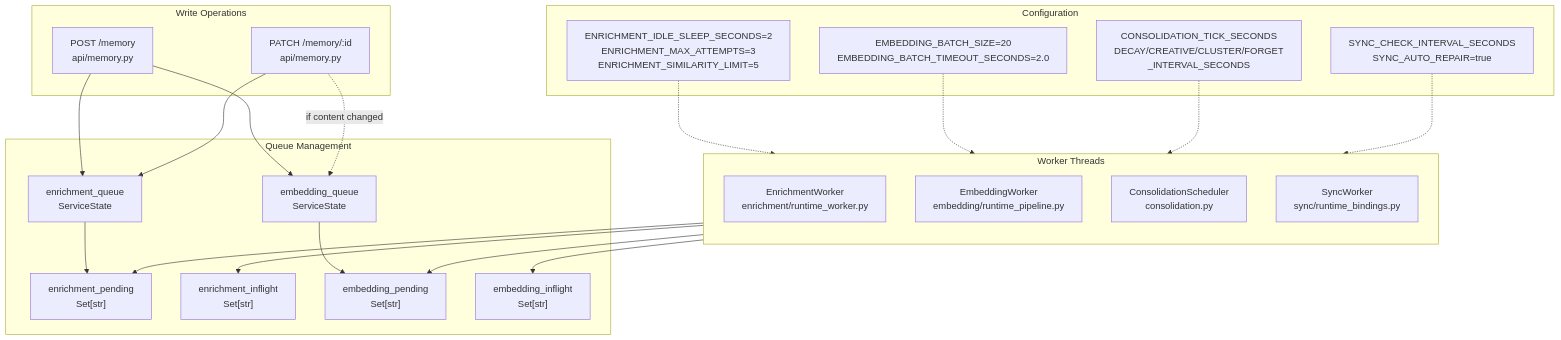
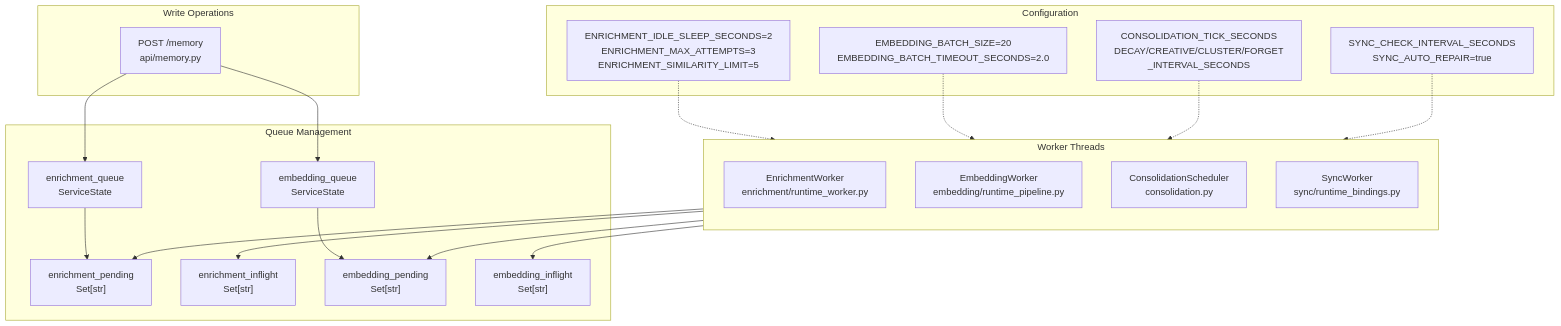
One commit to verygoodplugins/automem-website changed the first of 2 diagrams in src/content/docs/docs/architecture/background-processing.md. Above: the diagram before and after it, drawn with Mermaid. The commit also changed other lines of this file and 10 other files, not shown here.

````diff
--- a/src/content/docs/docs/architecture/background-processing.md
+++ b/src/content/docs/docs/architecture/background-processing.md
@@ -44,51 +44,48 @@
 ```mermaid
 graph TB
     subgraph write_ops["Write Operations"]
         PostMem["POST /memory<br/>api/memory.py"]
-        PatchMem["PATCH /memory/:id<br/>api/memory.py"]
     end
 
     subgraph queues["Queue Management"]
         EnrichQueue["enrichment_queue<br/>ServiceState"]
         EmbedQueue["embedding_queue<br/>ServiceState"]
 
         EnrichPending["enrichment_pending<br/>Set[str]"]
         EnrichInflight["enrichment_inflight<br/>Set[str]"]
         EmbedPending["embedding_pending<br/>Set[str]"]
         EmbedInflight["embedding_inflight<br/>Set[str]"]
     end
 
     subgraph workers["Worker Threads"]
         direction TB
 
         EnrichWorker["EnrichmentWorker<br/>enrichment/runtime_worker.py"]
         EmbedWorker["EmbeddingWorker<br/>embedding/runtime_pipeline.py"]
         ConsolWorker["ConsolidationScheduler<br/>consolidation.py"]
         SyncWorker["SyncWorker<br/>sync/runtime_bindings.py"]
     end
 
     subgraph config["Configuration"]
         EnrichConfig["ENRICHMENT_IDLE_SLEEP_SECONDS=2<br/>ENRICHMENT_MAX_ATTEMPTS=3<br/>ENRICHMENT_SIMILARITY_LIMIT=5"]
         EmbedConfig["EMBEDDING_BATCH_SIZE=20<br/>EMBEDDING_BATCH_TIMEOUT_SECONDS=2.0"]
         ConsolConfig["CONSOLIDATION_TICK_SECONDS<br/>DECAY/CREATIVE/CLUSTER/FORGET<br/>_INTERVAL_SECONDS"]
         SyncConfig["SYNC_CHECK_INTERVAL_SECONDS<br/>SYNC_AUTO_REPAIR=true"]
     end
 
     PostMem --> EnrichQueue
     PostMem --> EmbedQueue
-    PatchMem --> EnrichQueue
-    PatchMem -.->|"if content changed"| EmbedQueue
 
     EnrichQueue --> EnrichPending
     EmbedQueue --> EmbedPending
 
     EnrichWorker --> EnrichInflight
     EnrichWorker --> EnrichPending
     EmbedWorker --> EmbedInflight
     EmbedWorker --> EmbedPending
 
     EnrichConfig -.-> EnrichWorker
     EmbedConfig -.-> EmbedWorker
     ConsolConfig -.-> ConsolWorker
     SyncConfig -.-> SyncWorker
 ```
````
